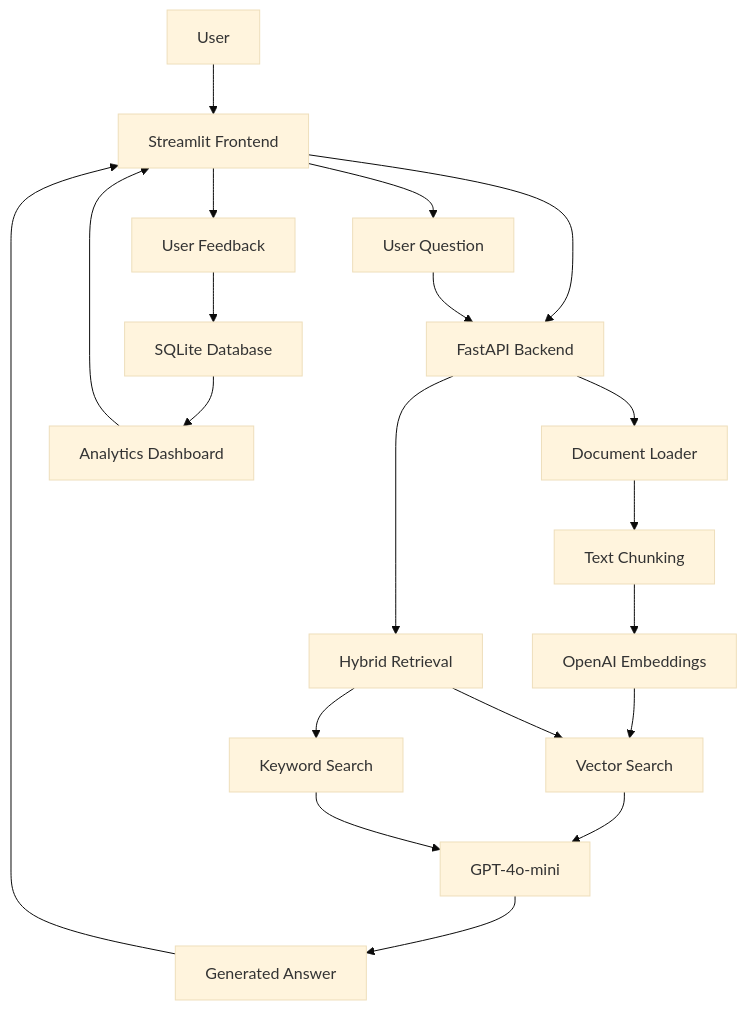
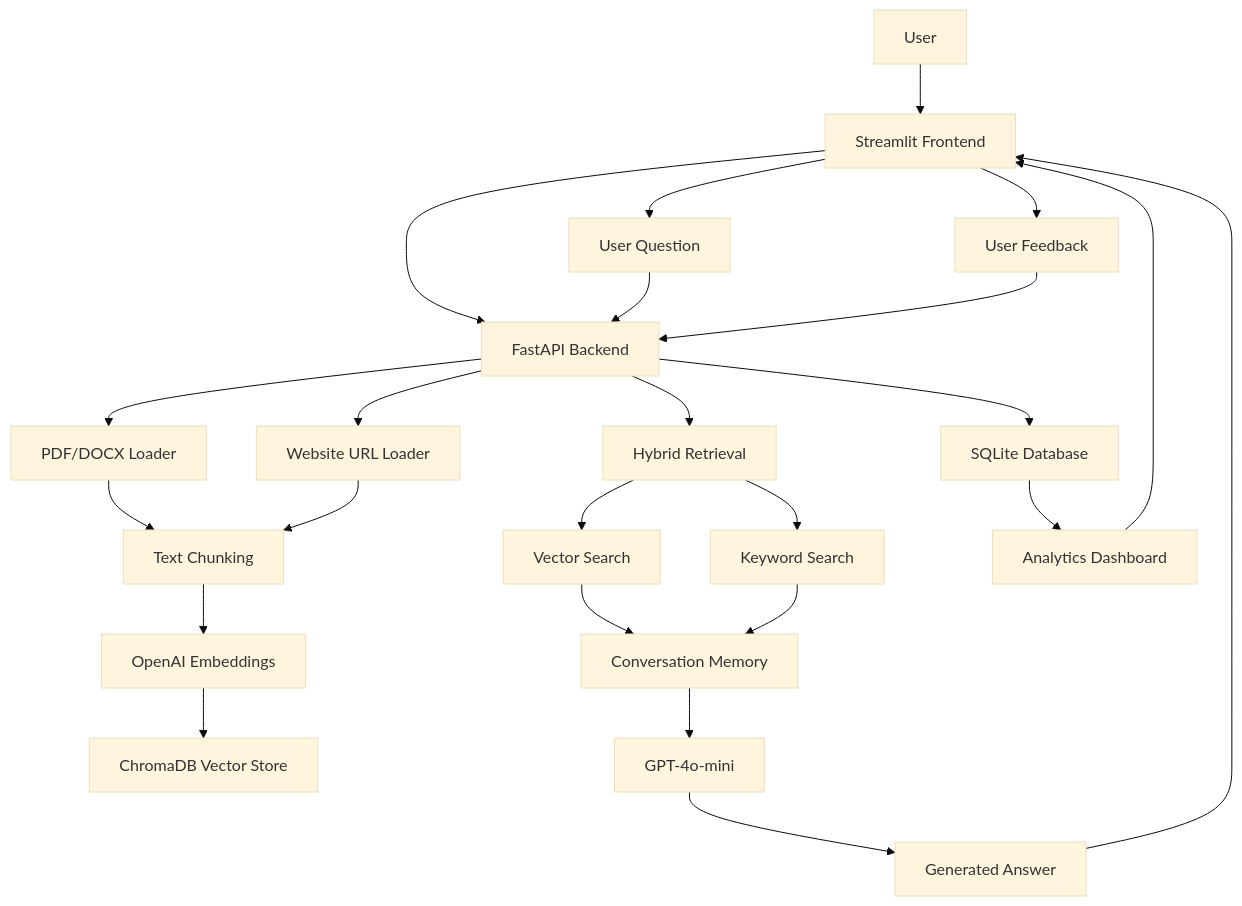
Before and after one commit to srushti0510/Enterprise-RAG-Assistant: the diagram in architecture.md, drawn with Mermaid (base theme). The commit also changed other lines of this file and 1 other file, not shown here.

Commit message:
Modified README and architecture diagram

````diff
--- a/architecture.md
+++ b/architecture.md
@@ -3,33 +3,42 @@
 ```mermaid
 flowchart TD
 
 U[User]
 
 U --> S[Streamlit Frontend]
 
 S --> F[FastAPI Backend]
 
-F --> DL[Document Loader]
+F --> DL[PDF/DOCX Loader]
+F --> UL[Website URL Loader]
+
 DL --> TC[Text Chunking]
+UL --> TC
+
 TC --> EMB[OpenAI Embeddings]
 EMB --> VS[ChromaDB Vector Store]
 
 S --> Q[User Question]
 Q --> F
 
 F --> HR[Hybrid Retrieval]
-HR --> VS[Vector Search]
-HR --> KS[Keyword Search]
 
-VS --> GPT[GPT-4o-mini]
-KS --> GPT
+HR --> VSR[Vector Search]
+HR --> KSR[Keyword Search]
+
+VSR --> CM[Conversation Memory]
+KSR --> CM
+
+CM --> GPT[GPT-4o-mini]
 
 GPT --> A[Generated Answer]
 A --> S
 
 S --> FB[User Feedback]
-FB --> SQL[SQLite Database]
+FB --> F
+
+F --> SQL[SQLite Database]
 
 SQL --> AN[Analytics Dashboard]
 AN --> S
 ```
````
